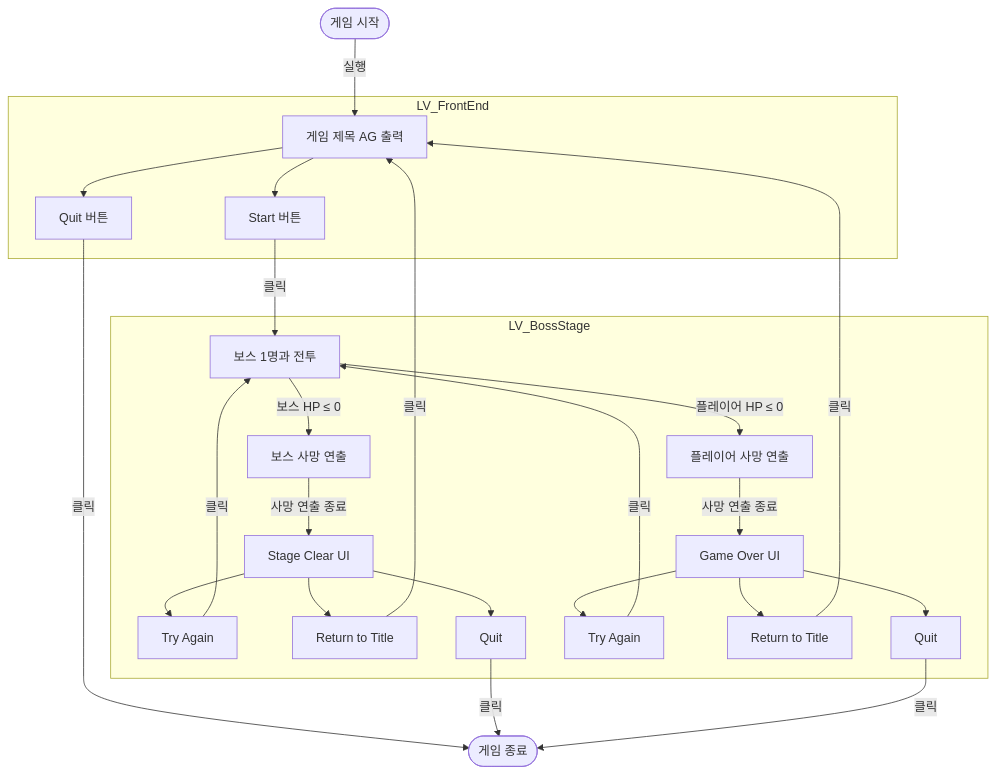
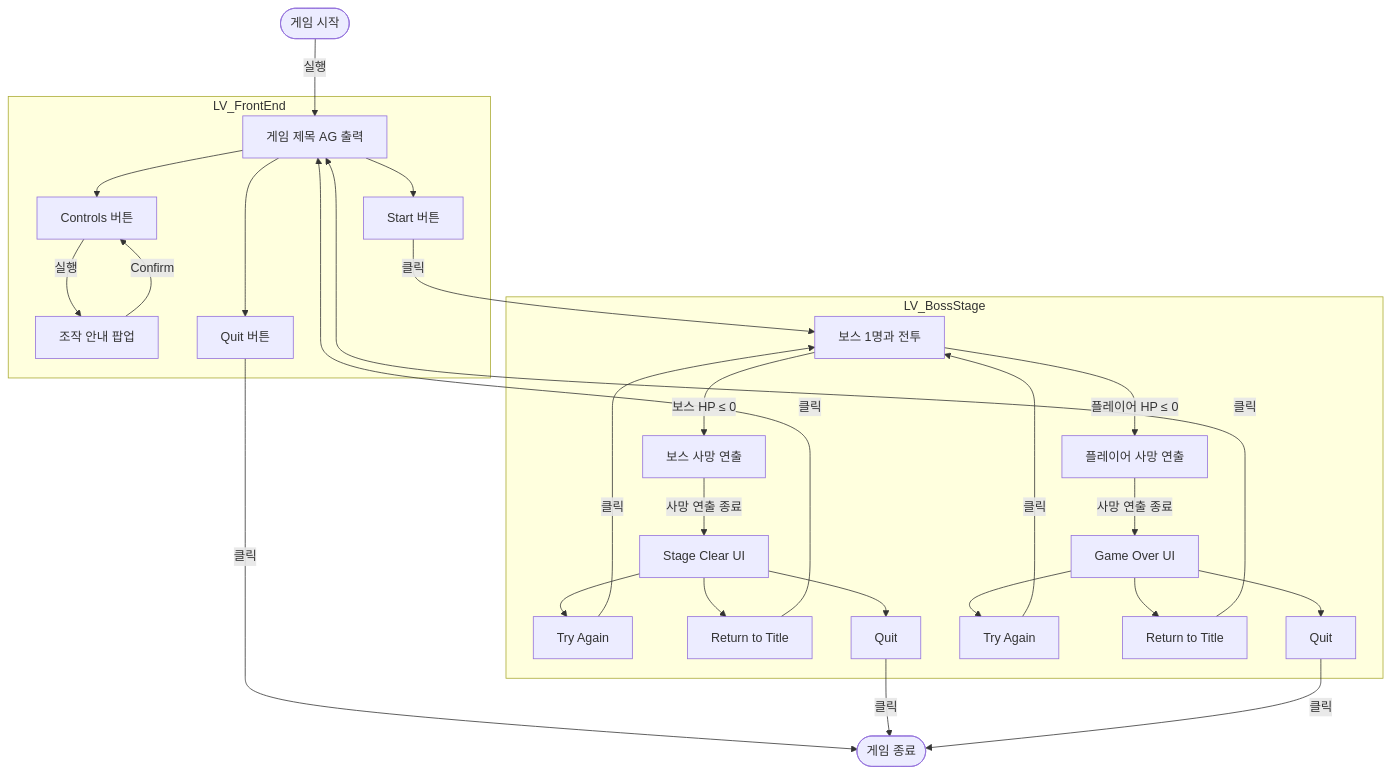
One commit to Woogl/Ag changed the diagram in Docs/Design/게임 플로우.md. Above: the diagram before and after it, drawn with Mermaid. The commit also changed other lines of this file and 23 other files, not shown here.

````diff
--- a/Docs/Design/게임 플로우.md
+++ b/Docs/Design/게임 플로우.md
@@ -90,47 +112,52 @@
 ```mermaid
 flowchart TD
     start([게임 시작]) -->|실행| title
 
     subgraph FE["LV_FrontEnd"]
         title["게임 제목 AG 출력"]
         startBtn[Start 버튼]
+        controlsBtn[Controls 버튼]
+        controlsPopup[조작 안내 팝업]
         quitBtn[Quit 버튼]
         title --> startBtn
+        title --> controlsBtn
         title --> quitBtn
+        controlsBtn -->|실행| controlsPopup
+        controlsPopup -->|Confirm| controlsBtn
     end
 
     quitBtn -->|클릭| exitGame([게임 종료])
     startBtn -->|클릭| combat
 
     subgraph BOSS["LV_BossStage"]
         combat["보스 1명과 전투"]
         bossDeath[보스 사망 연출]
         playerDeath[플레이어 사망 연출]
         clearUI[Stage Clear UI]
         overUI[Game Over UI]
         clearRetry[Try Again]
         clearHome[Return to Title]
         clearQuit[Quit]
         overRetry[Try Again]
         overHome[Return to Title]
         overQuit[Quit]
 
         combat -->|보스 HP ≤ 0| bossDeath
         combat -->|플레이어 HP ≤ 0| playerDeath
         bossDeath -->|사망 연출 종료| clearUI
         playerDeath -->|사망 연출 종료| overUI
         clearUI --> clearRetry
         clearUI --> clearHome
         clearUI --> clearQuit
         overUI --> overRetry
         overUI --> overHome
         overUI --> overQuit
     end
 
     clearRetry -->|클릭| combat
     overRetry -->|클릭| combat
     clearHome -->|클릭| title
     overHome -->|클릭| title
     clearQuit -->|클릭| exitGame
     overQuit -->|클릭| exitGame
 ```
````
